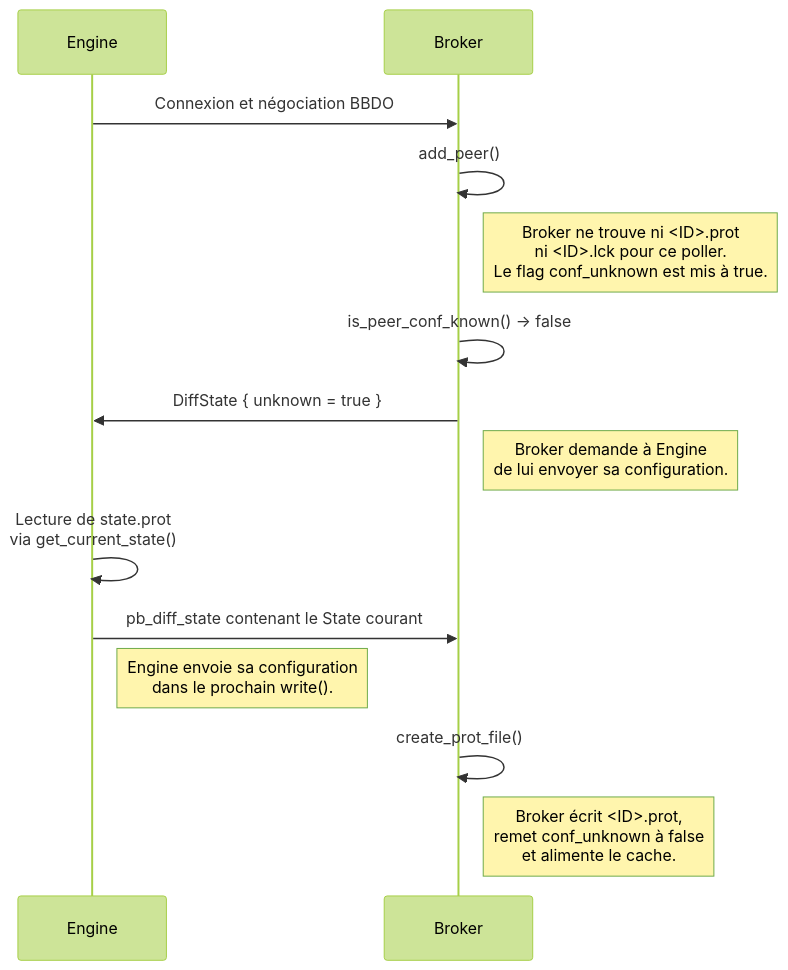
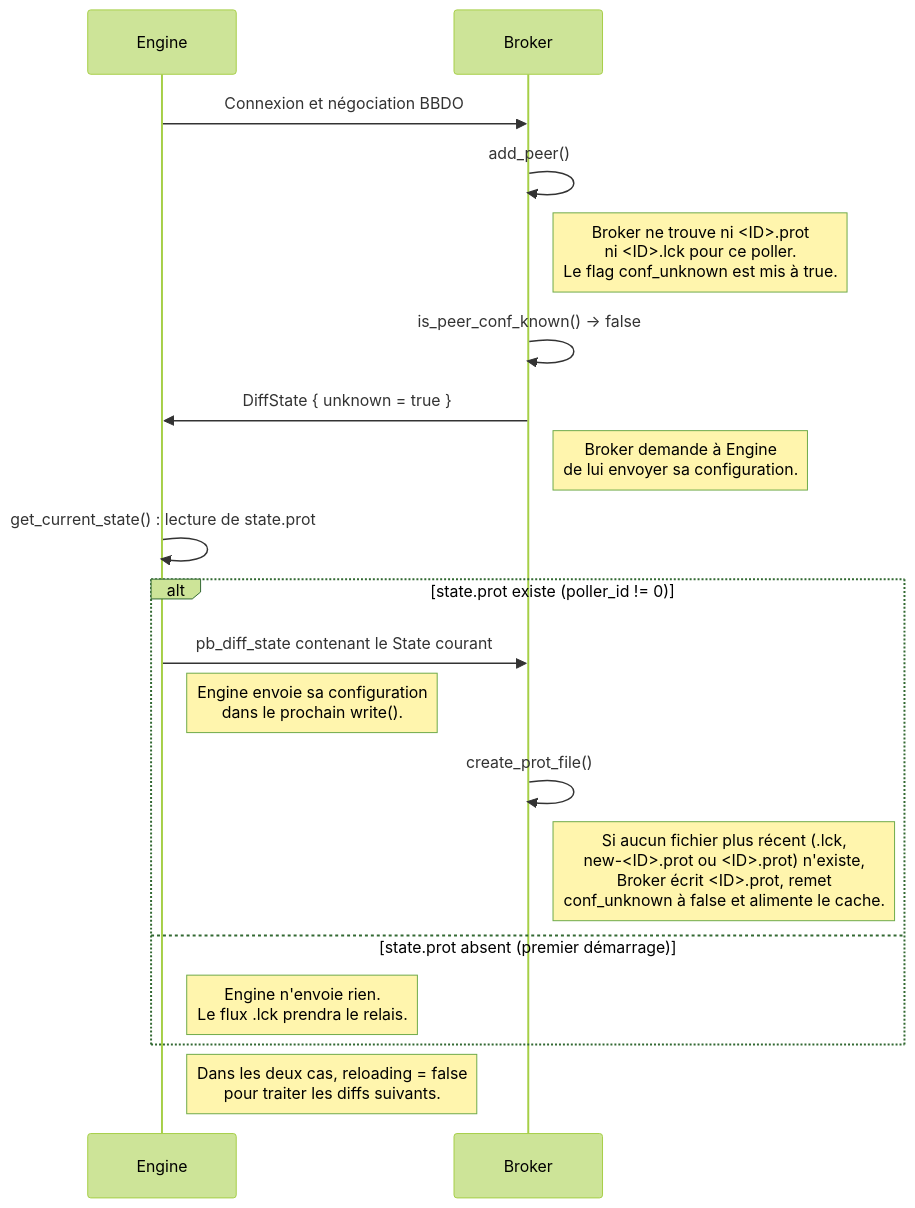
The sixth of 18 diagrams in broker/doc/nego-engine-broker-fr.md (centreon/centreon-collect), drawn with Mermaid (forest theme) before and after one commit. The commit also changed other lines of this file and 1 other file, not shown here.

Commit message:
chore(doc): nego-engine-broker doc completed

````diff
--- a/broker/doc/nego-engine-broker-fr.md
+++ b/broker/doc/nego-engine-broker-fr.md
@@ -634,17 +657,22 @@
 ```mermaid
 sequenceDiagram
     participant E as Engine
     participant B as Broker
 
     E ->> B: Connexion et négociation BBDO
     B ->> B: add_peer()
     note right of B: Broker ne trouve ni <ID>.prot<br/>ni <ID>.lck pour ce poller.<br/>Le flag conf_unknown est mis à true.
     B ->> B: is_peer_conf_known() → false
     B ->> E: DiffState { unknown = true }
     note right of B: Broker demande à Engine<br/>de lui envoyer sa configuration.
-    E ->> E: Lecture de state.prot<br/>via get_current_state()
-    E ->> B: pb_diff_state contenant le State courant
-    note right of E: Engine envoie sa configuration<br/>dans le prochain write().
-    B ->> B: create_prot_file()
-    note right of B: Broker écrit <ID>.prot,<br/>remet conf_unknown à false<br/>et alimente le cache.
+    E ->> E: get_current_state() : lecture de state.prot
+    alt state.prot existe (poller_id != 0)
+        E ->> B: pb_diff_state contenant le State courant
+        note right of E: Engine envoie sa configuration<br/>dans le prochain write().
+        B ->> B: create_prot_file()
+        note right of B: Si aucun fichier plus récent (.lck,<br/>new-<ID>.prot ou <ID>.prot) n'existe,<br/>Broker écrit <ID>.prot, remet<br/>conf_unknown à false et alimente le cache.
+    else state.prot absent (premier démarrage)
+        note right of E: Engine n'envoie rien.<br/>Le flux .lck prendra le relais.
+    end
+    note right of E: Dans les deux cas, reloading = false<br/>pour traiter les diffs suivants.
 ```
````
